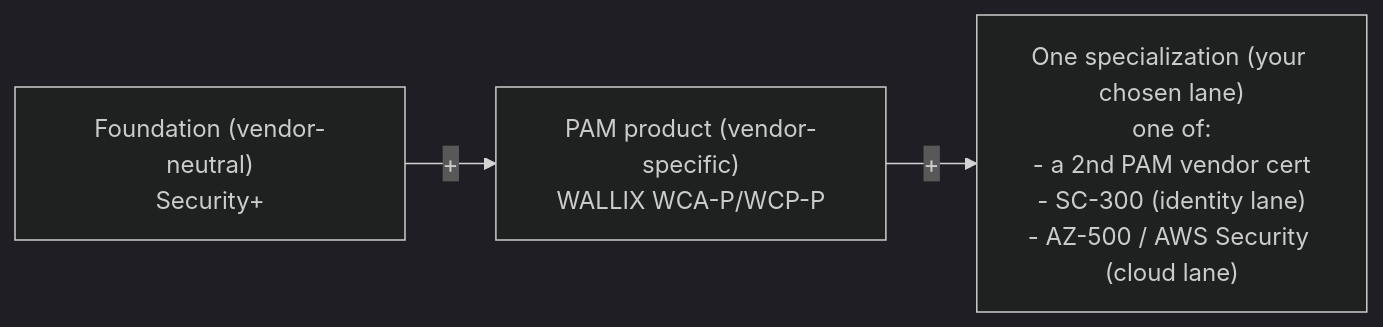
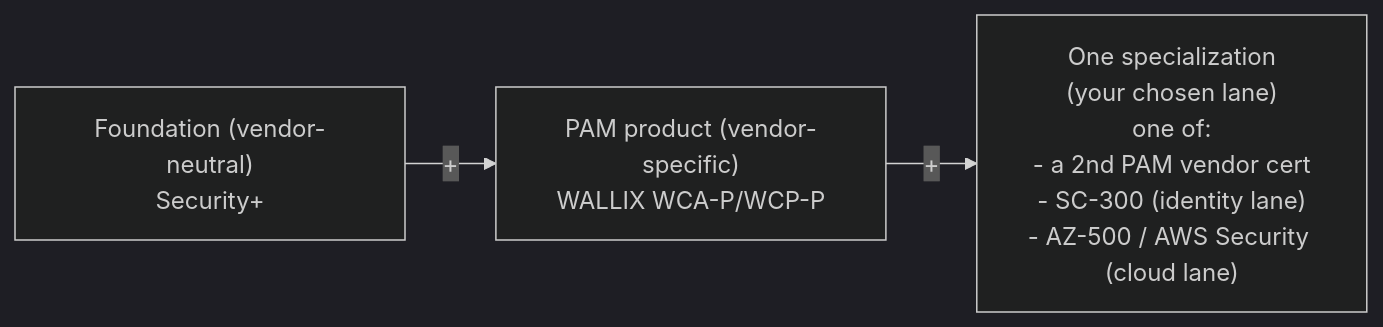
The second of 2 diagrams in certs/wallix/career/skills-and-adjacent-certifications.md (morandeirachema/WallixCerts), drawn with Mermaid (dark theme) before and after one commit. The commit also changed other lines of this file and 35 other files, not shown here.

First line of the commit message:
Tidy Mermaid boxes: balanced wrapping at a narrower width (36)

````diff
--- a/certs/wallix/career/skills-and-adjacent-certifications.md
+++ b/certs/wallix/career/skills-and-adjacent-certifications.md
@@ -185,9 +185,9 @@
 ```mermaid
 flowchart LR
     foundation["Foundation (vendor-neutral)<br/>Security+"]
     product["PAM product (vendor-specific)<br/>WALLIX WCA-P/WCP-P"]
-    specialization["One specialization (your chosen lane)<br/>one of:<br/>- a 2nd PAM vendor cert<br/>- SC-300 (identity lane)<br/>- AZ-500 / AWS Security (cloud lane)"]
+    specialization["One specialization<br/>(your chosen lane)<br/>one of:<br/>- a 2nd PAM vendor cert<br/>- SC-300 (identity lane)<br/>- AZ-500 / AWS Security (cloud lane)"]
 
     foundation -->|"+"| product
     product -->|"+"| specialization
 ```
````
